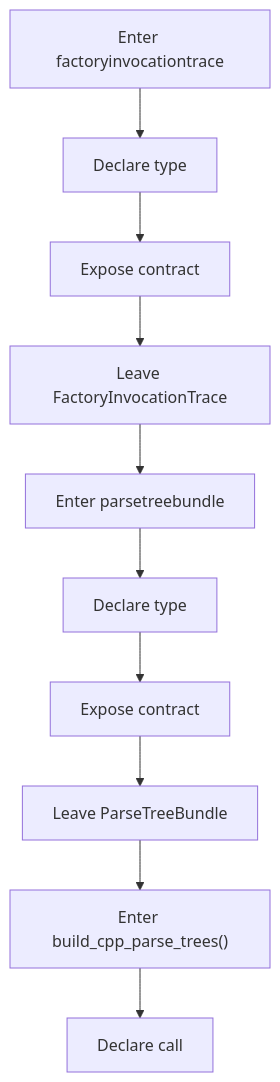
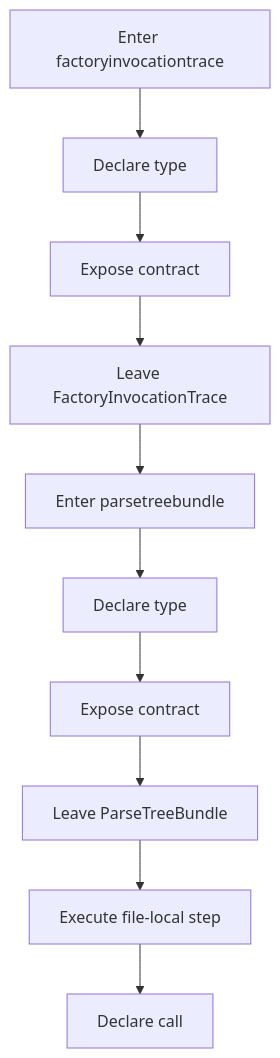
Before and after one commit to JohnAndrewBalbarosa/NeoTerritory: the second of 4 diagrams in docs/Codebase/Microservice/Modules/Header/SyntacticBrokenAST/Trees/Actual/Flow/parse_tree_program_flow.hpp.md, drawn with Mermaid. The commit also changed other lines of this file and 915 other files, not shown here.

````diff
--- a/docs/Codebase/Microservice/Modules/Header/SyntacticBrokenAST/Trees/Actual/Flow/parse_tree_program_flow.hpp.md
+++ b/docs/Codebase/Microservice/Modules/Header/SyntacticBrokenAST/Trees/Actual/Flow/parse_tree_program_flow.hpp.md
@@ -41,22 +41,22 @@
 ```mermaid
 flowchart TD
     N0["Enter factoryinvocationtrace"]
     N1["Declare type"]
     N2["Expose contract"]
     N3["Leave FactoryInvocationTrace"]
     N4["Enter parsetreebundle"]
     N5["Declare type"]
     N6["Expose contract"]
     N7["Leave ParseTreeBundle"]
-    N8["Enter build_cpp_parse_trees()"]
+    N8["Execute file-local step"]
     N9["Declare call"]
     N0 --> N1
     N1 --> N2
     N2 --> N3
     N3 --> N4
     N4 --> N5
     N5 --> N6
     N6 --> N7
     N7 --> N8
     N8 --> N9
 ```
````
